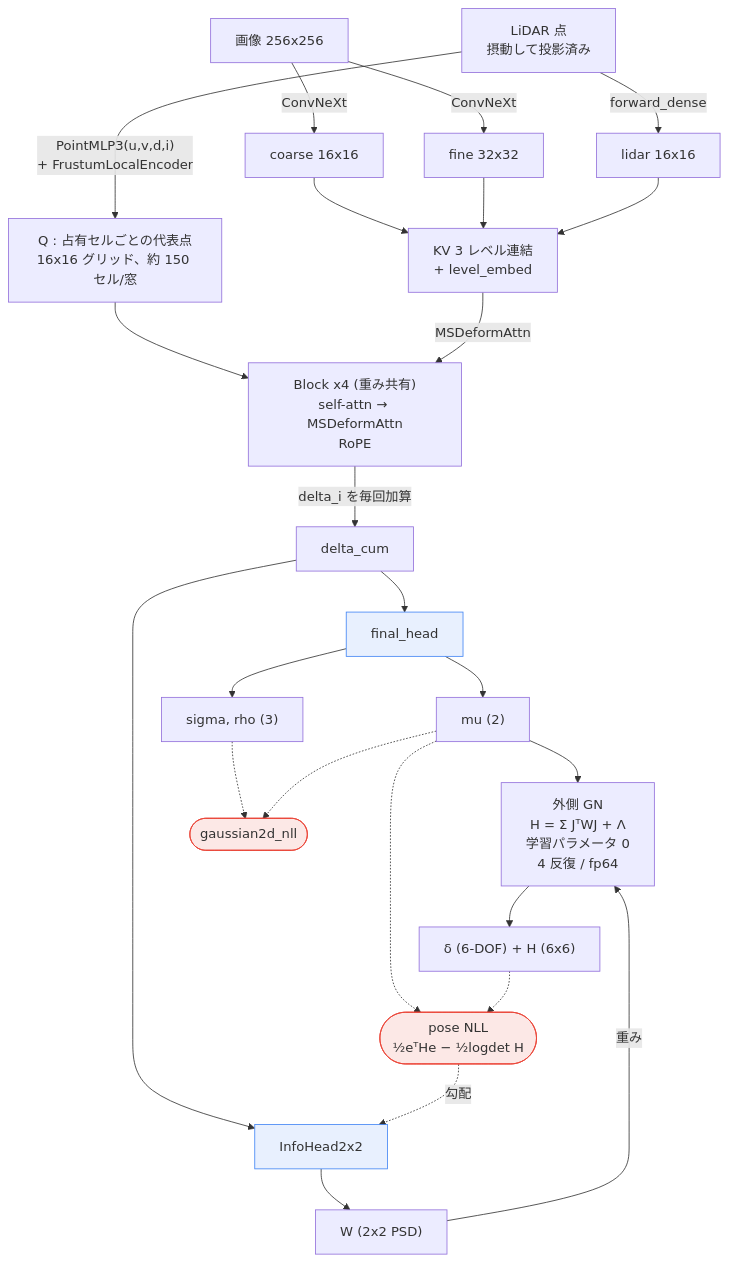
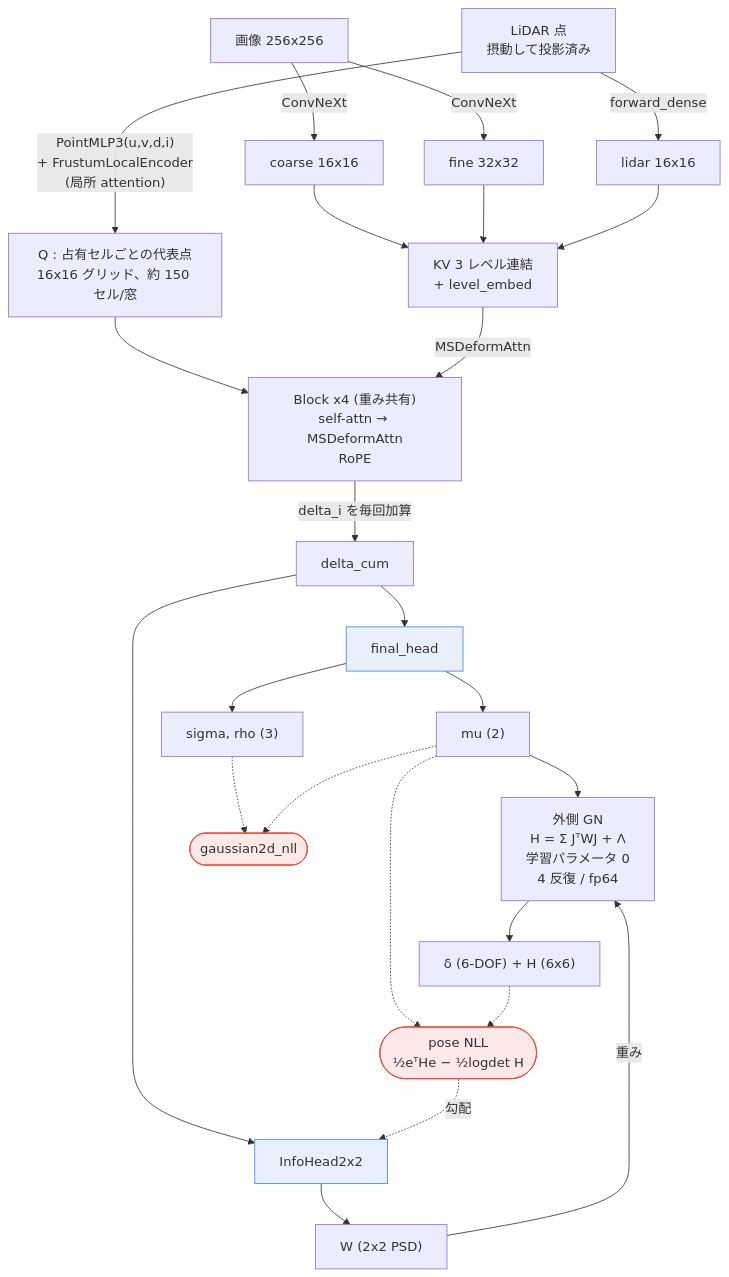
The sixth of 6 diagrams in docs/2026-08-31_nuscenes-calibration.md (matoge/e2e_calib), drawn with Mermaid before and after one commit. The commit also changed other lines of this file and 2 other files, not shown here.

First line of the commit message:
FrustumLocalEncoder は Point Transformer。docstring とレポートを実装に合わせる

````diff
--- a/docs/2026-08-31_nuscenes-calibration.md
+++ b/docs/2026-08-31_nuscenes-calibration.md
@@ -551,36 +551,36 @@
 ```mermaid
 flowchart TB
   IMG["画像 256x256"] -->|ConvNeXt| COARSE["coarse 16x16"]
   IMG -->|ConvNeXt| FINE["fine 32x32"]
   LID["LiDAR 点<br/>摂動して投影済み"] -->|forward_dense| LDMAP["lidar 16x16"]
-  LID -->|"PointMLP3(u,v,d,i)<br/>+ FrustumLocalEncoder"| Q["Q : 占有セルごとの代表点<br/>16x16 グリッド、約 150 セル/窓"]
+  LID -->|"PointMLP3(u,v,d,i)<br/>+ FrustumLocalEncoder<br/>(局所 attention)"| Q["Q : 占有セルごとの代表点<br/>16x16 グリッド、約 150 セル/窓"]
 
   COARSE --> KV["KV 3 レベル連結<br/>+ level_embed"]
   FINE --> KV
   LDMAP --> KV
 
   Q --> BLK
   KV -->|"MSDeformAttn"| BLK["Block x4 (重み共有)<br/>self-attn → MSDeformAttn<br/>RoPE"]
   BLK -->|"delta_i を毎回加算"| DC["delta_cum"]
 
   DC --> FH["final_head"]
   DC --> IH["InfoHead2x2"]
   FH --> MU["mu (2)"]
   FH --> SIG["sigma, rho (3)"]
   IH --> W["W (2x2 PSD)"]
 
   MU --> GN
   W -->|"重み"| GN["外側 GN<br/>H = Σ JᵀWJ + Λ<br/>学習パラメータ 0<br/>4 反復 / fp64"]
   GN --> OUT["δ (6-DOF) + H (6x6)"]
 
   SIG -.-> L1(["gaussian2d_nll"])
   MU -.-> L1
   MU -.-> L2(["pose NLL<br/>½eᵀHe − ½logdet H"])
   OUT -.-> L2
   L2 -.->|"勾配"| IH
 
   classDef head fill:#e8f0fe,stroke:#4285f4
   classDef loss fill:#fce8e6,stroke:#ea4335
   class FH,IH head
   class L1,L2 loss
 ```
````
